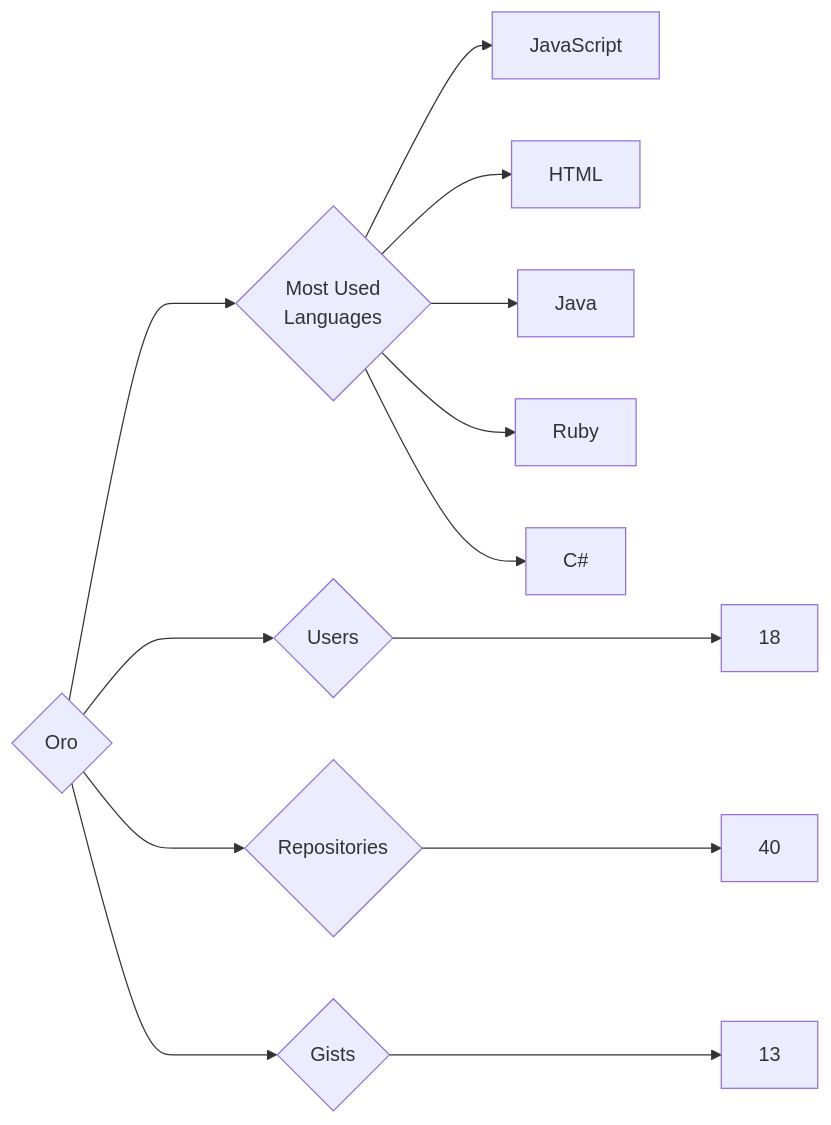
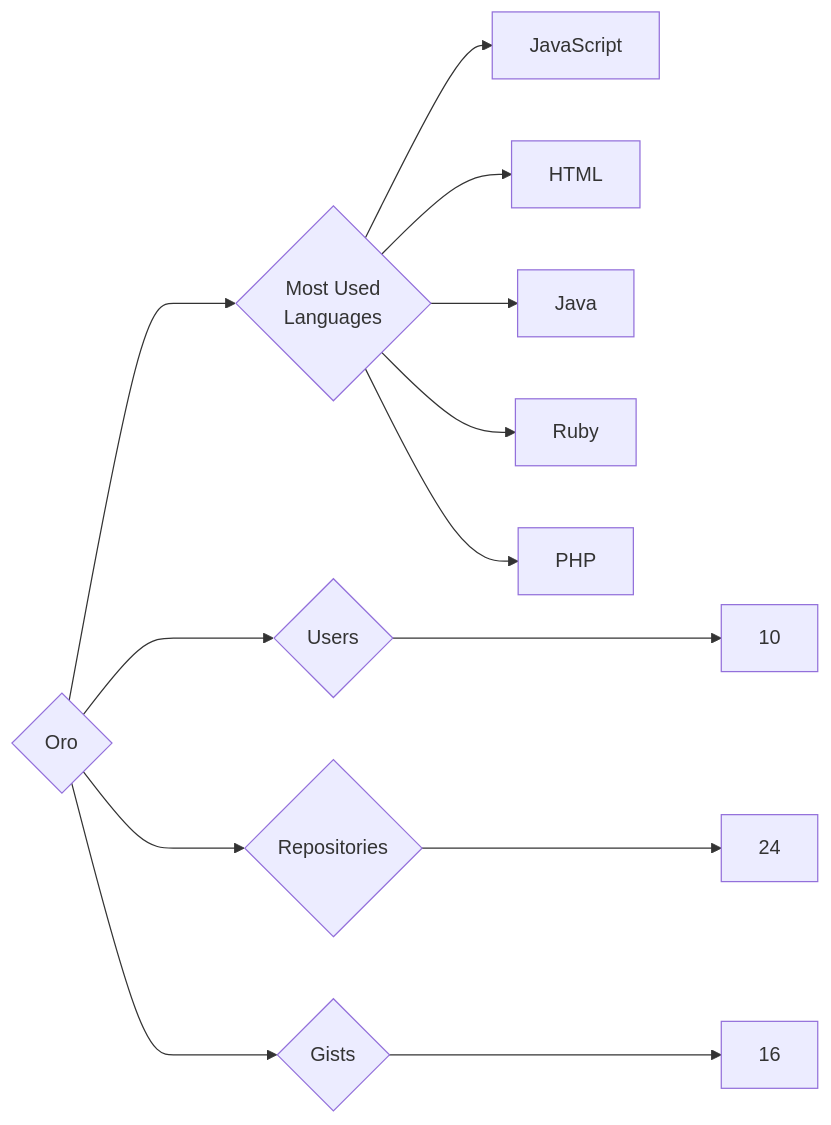
Before and after one commit to trickest/insiders: the diagram in targets/Oro/README.md, drawn with Mermaid. The commit also changed 995 other files, not shown here.

````diff
--- a/targets/Oro/README.md
+++ b/targets/Oro/README.md
@@ -3,13 +3,13 @@
 ```mermaid
 graph LR
 COMPANY_NAME{Oro}
-COMPANY_NAME ---> U{Users} ---> UN[18]
-COMPANY_NAME ---> R{Repositories} ---> RN[40]
-COMPANY_NAME ---> G{Gists} ---> GN[13]
+COMPANY_NAME ---> U{Users} ---> UN[10]
+COMPANY_NAME ---> R{Repositories} ---> RN[24]
+COMPANY_NAME ---> G{Gists} ---> GN[16]
 COMPANY_NAME ---> ML{Most Used<br>Languages}
 ML --> JavaScript[JavaScript]
 ML --> HTML[HTML]
 ML --> Java[Java]
 ML --> Ruby[Ruby]
-ML --> C#[C#]
+ML --> PHP[PHP]
 ```
````
